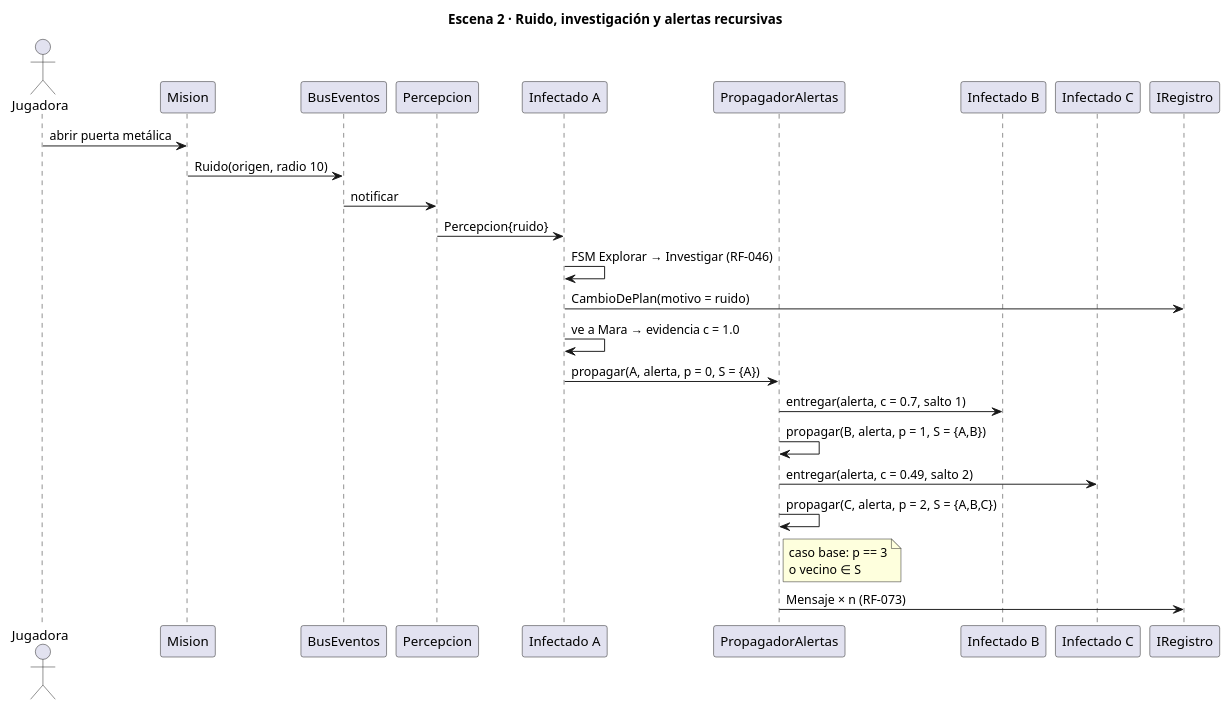
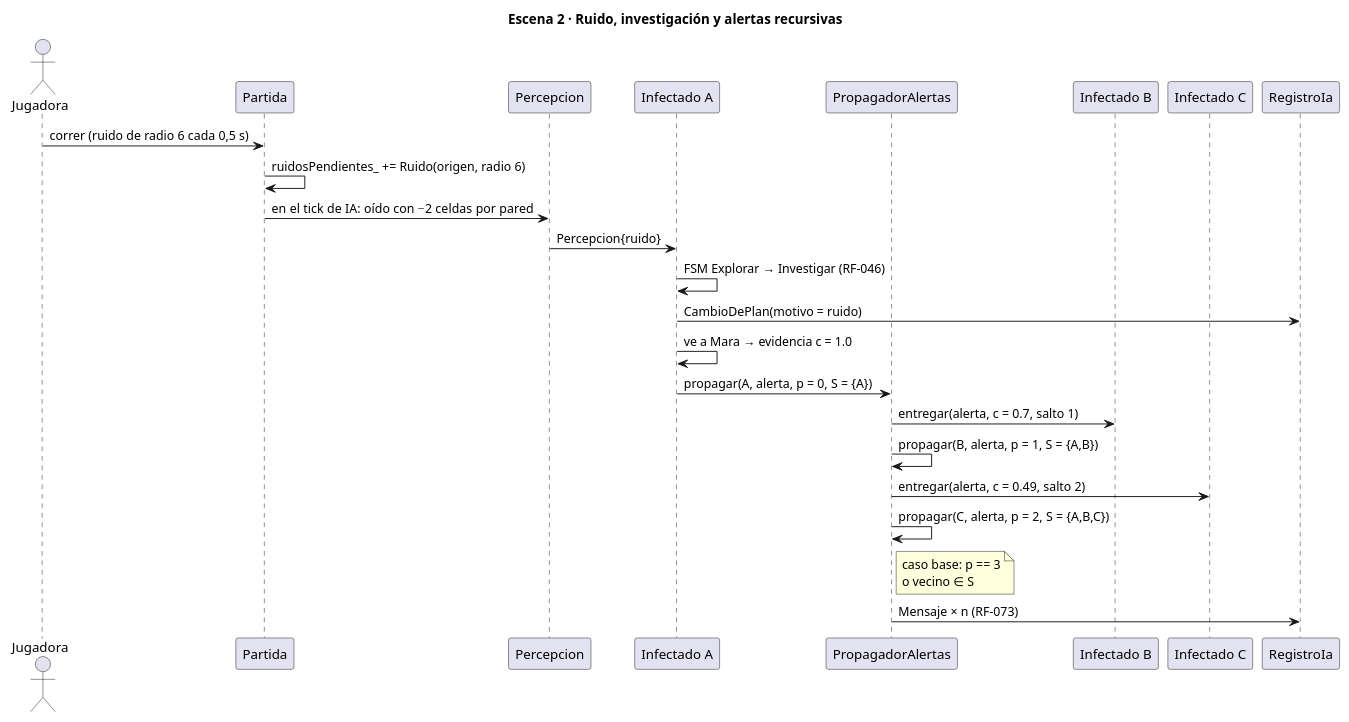
The sixth of 9 diagrams in docs/07_arquitectura_arc42.md (Daniel0442123/ElUltimoRefugio), drawn with PlantUML before and after one commit. The commit also changed other lines of this file and 21 other files, not shown here.

````diff
--- a/docs/07_arquitectura_arc42.md
+++ b/docs/07_arquitectura_arc42.md
@@ -365,29 +378,28 @@
 ```plantuml
 @startuml Alertas
 title Escena 2 · Ruido, investigación y alertas recursivas
 actor Jugadora
-participant Mision
-participant BusEventos
+participant Partida
 participant "Percepcion" as P
 participant "Infectado A" as A
 participant PropagadorAlertas as PA
 participant "Infectado B" as B
 participant "Infectado C" as C
-participant IRegistro
+participant RegistroIa as IRegistro
 
-Jugadora -> Mision : abrir puerta metálica
-Mision -> BusEventos : Ruido(origen, radio 10)
-BusEventos -> P : notificar
+Jugadora -> Partida : correr (ruido de radio 6 cada 0,5 s)
+Partida -> Partida : ruidosPendientes_ += Ruido(origen, radio 6)
+Partida -> P : en el tick de IA: oído con −2 celdas por pared
 P -> A : Percepcion{ruido}
 A -> A : FSM Explorar → Investigar (RF-046)
 A -> IRegistro : CambioDePlan(motivo = ruido)
 A -> A : ve a Mara → evidencia c = 1.0
 A -> PA : propagar(A, alerta, p = 0, S = {A})
 PA -> B : entregar(alerta, c = 0.7, salto 1)
 PA -> PA : propagar(B, alerta, p = 1, S = {A,B})
 PA -> C : entregar(alerta, c = 0.49, salto 2)
 PA -> PA : propagar(C, alerta, p = 2, S = {A,B,C})
 note right of PA : caso base: p == 3\no vecino ∈ S
 PA -> IRegistro : Mensaje × n (RF-073)
 @enduml
 ```
````
